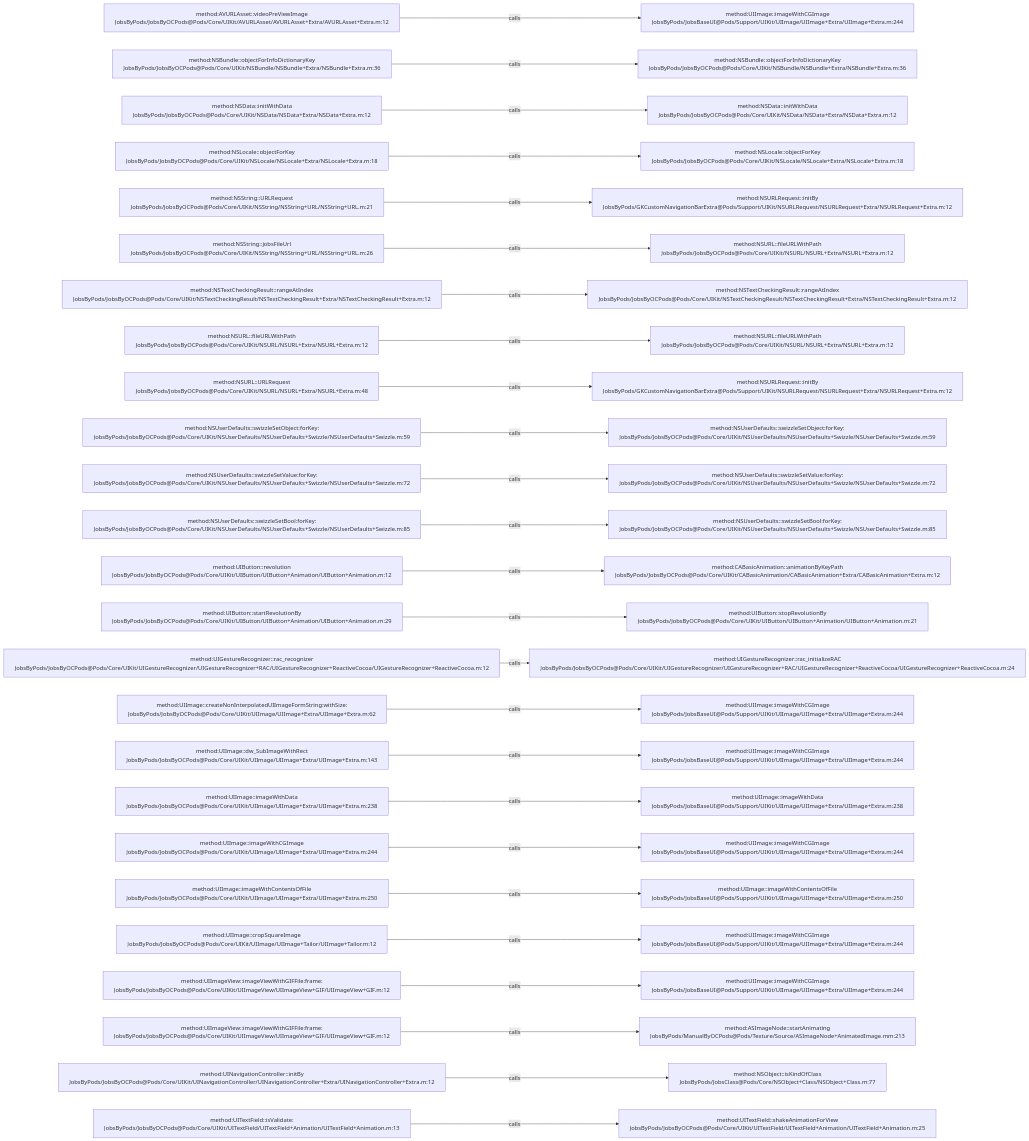
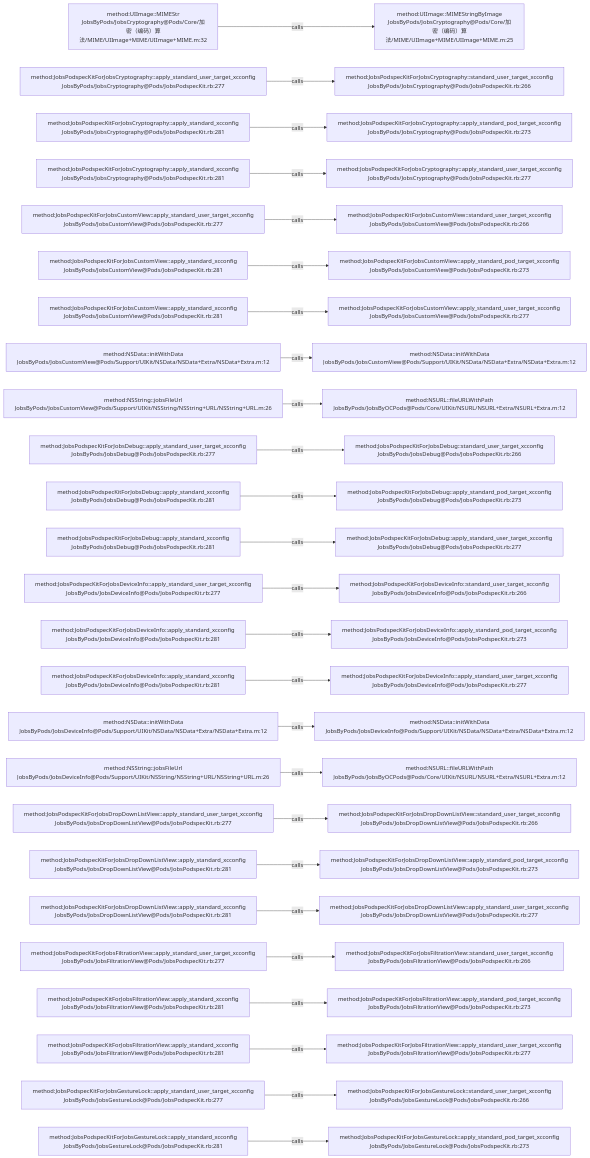
The diagram in .codegraph/codegraph.md/graphs/calls-004.md (JobsKits/JobsOCBaseConfigDemo), drawn with Mermaid before and after one commit. The commit also changed 1448 other files, not shown here.

````diff
--- a/.codegraph/codegraph.md/graphs/calls-004.md
+++ b/.codegraph/codegraph.md/graphs/calls-004.md
@@ -13,78 +13,78 @@
 ```mermaid
 flowchart LR
-  S1["method:AVURLAsset::videoPreViewImage<br/>JobsByPods/JobsByOCPods@Pods/Core/UIKit/AVURLAsset/AVURLAsset+Extra/AVURLAsset+Extra.m:12"]
-  T1["method:UIImage::imageWithCGImage<br/>JobsByPods/JobsBaseUI@Pods/Support/UIKit/UIImage/UIImage+Extra/UIImage+Extra.m:244"]
+  S1["method:UIImage::MIMEStr<br/>JobsByPods/JobsCryptography@Pods/Core/加密（编码）算法/MIME/UIImage+MIME/UIImage+MIME.m:32"]
+  T1["method:UIImage::MIMEStringByImage<br/>JobsByPods/JobsCryptography@Pods/Core/加密（编码）算法/MIME/UIImage+MIME/UIImage+MIME.m:25"]
   S1 -->|calls| T1
-  S2["method:NSBundle::objectForInfoDictionaryKey<br/>JobsByPods/JobsByOCPods@Pods/Core/UIKit/NSBundle/NSBundle+Extra/NSBundle+Extra.m:36"]
-  T2["method:NSBundle::objectForInfoDictionaryKey<br/>JobsByPods/JobsByOCPods@Pods/Core/UIKit/NSBundle/NSBundle+Extra/NSBundle+Extra.m:36"]
+  S2["method:JobsPodspecKitForJobsCryptography::apply_standard_user_target_xcconfig<br/>JobsByPods/JobsCryptography@Pods/JobsPodspecKit.rb:277"]
+  T2["method:JobsPodspecKitForJobsCryptography::standard_user_target_xcconfig<br/>JobsByPods/JobsCryptography@Pods/JobsPodspecKit.rb:266"]
   S2 -->|calls| T2
-  S3["method:NSData::initWithData<br/>JobsByPods/JobsByOCPods@Pods/Core/UIKit/NSData/NSData+Extra/NSData+Extra.m:12"]
-  T3["method:NSData::initWithData<br/>JobsByPods/JobsByOCPods@Pods/Core/UIKit/NSData/NSData+Extra/NSData+Extra.m:12"]
+  S3["method:JobsPodspecKitForJobsCryptography::apply_standard_xcconfig<br/>JobsByPods/JobsCryptography@Pods/JobsPodspecKit.rb:281"]
+  T3["method:JobsPodspecKitForJobsCryptography::apply_standard_pod_target_xcconfig<br/>JobsByPods/JobsCryptography@Pods/JobsPodspecKit.rb:273"]
   S3 -->|calls| T3
-  S4["method:NSLocale::objectForKey<br/>JobsByPods/JobsByOCPods@Pods/Core/UIKit/NSLocale/NSLocale+Extra/NSLocale+Extra.m:18"]
-  T4["method:NSLocale::objectForKey<br/>JobsByPods/JobsByOCPods@Pods/Core/UIKit/NSLocale/NSLocale+Extra/NSLocale+Extra.m:18"]
+  S4["method:JobsPodspecKitForJobsCryptography::apply_standard_xcconfig<br/>JobsByPods/JobsCryptography@Pods/JobsPodspecKit.rb:281"]
+  T4["method:JobsPodspecKitForJobsCryptography::apply_standard_user_target_xcconfig<br/>JobsByPods/JobsCryptography@Pods/JobsPodspecKit.rb:277"]
   S4 -->|calls| T4
-  S5["method:NSString::URLRequest<br/>JobsByPods/JobsByOCPods@Pods/Core/UIKit/NSString/NSString+URL/NSString+URL.m:21"]
-  T5["method:NSURLRequest::initBy<br/>JobsByPods/GKCustomNavigationBarExtra@Pods/Support/UIKit/NSURLRequest/NSURLRequest+Extra/NSURLRequest+Extra.m:12"]
+  S5["method:JobsPodspecKitForJobsCustomView::apply_standard_user_target_xcconfig<br/>JobsByPods/JobsCustomView@Pods/JobsPodspecKit.rb:277"]
+  T5["method:JobsPodspecKitForJobsCustomView::standard_user_target_xcconfig<br/>JobsByPods/JobsCustomView@Pods/JobsPodspecKit.rb:266"]
   S5 -->|calls| T5
-  S6["method:NSString::jobsFileUrl<br/>JobsByPods/JobsByOCPods@Pods/Core/UIKit/NSString/NSString+URL/NSString+URL.m:26"]
-  T6["method:NSURL::fileURLWithPath<br/>JobsByPods/JobsByOCPods@Pods/Core/UIKit/NSURL/NSURL+Extra/NSURL+Extra.m:12"]
+  S6["method:JobsPodspecKitForJobsCustomView::apply_standard_xcconfig<br/>JobsByPods/JobsCustomView@Pods/JobsPodspecKit.rb:281"]
+  T6["method:JobsPodspecKitForJobsCustomView::apply_standard_pod_target_xcconfig<br/>JobsByPods/JobsCustomView@Pods/JobsPodspecKit.rb:273"]
   S6 -->|calls| T6
-  S7["method:NSTextCheckingResult::rangeAtIndex<br/>JobsByPods/JobsByOCPods@Pods/Core/UIKit/NSTextCheckingResult/NSTextCheckingResult+Extra/NSTextCheckingResult+Extra.m:12"]
-  T7["method:NSTextCheckingResult::rangeAtIndex<br/>JobsByPods/JobsByOCPods@Pods/Core/UIKit/NSTextCheckingResult/NSTextCheckingResult+Extra/NSTextCheckingResult+Extra.m:12"]
+  S7["method:JobsPodspecKitForJobsCustomView::apply_standard_xcconfig<br/>JobsByPods/JobsCustomView@Pods/JobsPodspecKit.rb:281"]
+  T7["method:JobsPodspecKitForJobsCustomView::apply_standard_user_target_xcconfig<br/>JobsByPods/JobsCustomView@Pods/JobsPodspecKit.rb:277"]
   S7 -->|calls| T7
-  S8["method:NSURL::fileURLWithPath<br/>JobsByPods/JobsByOCPods@Pods/Core/UIKit/NSURL/NSURL+Extra/NSURL+Extra.m:12"]
-  T8["method:NSURL::fileURLWithPath<br/>JobsByPods/JobsByOCPods@Pods/Core/UIKit/NSURL/NSURL+Extra/NSURL+Extra.m:12"]
+  S8["method:NSData::initWithData<br/>JobsByPods/JobsCustomView@Pods/Support/UIKit/NSData/NSData+Extra/NSData+Extra.m:12"]
+  T8["method:NSData::initWithData<br/>JobsByPods/JobsCustomView@Pods/Support/UIKit/NSData/NSData+Extra/NSData+Extra.m:12"]
   S8 -->|calls| T8
-  S9["method:NSURL::URLRequest<br/>JobsByPods/JobsByOCPods@Pods/Core/UIKit/NSURL/NSURL+Extra/NSURL+Extra.m:48"]
-  T9["method:NSURLRequest::initBy<br/>JobsByPods/GKCustomNavigationBarExtra@Pods/Support/UIKit/NSURLRequest/NSURLRequest+Extra/NSURLRequest+Extra.m:12"]
+  S9["method:NSString::jobsFileUrl<br/>JobsByPods/JobsCustomView@Pods/Support/UIKit/NSString/NSString+URL/NSString+URL.m:26"]
+  T9["method:NSURL::fileURLWithPath<br/>JobsByPods/JobsByOCPods@Pods/Core/UIKit/NSURL/NSURL+Extra/NSURL+Extra.m:12"]
   S9 -->|calls| T9
-  S10["method:NSUserDefaults::swizzleSetObject:forKey:<br/>JobsByPods/JobsByOCPods@Pods/Core/UIKit/NSUserDefaults/NSUserDefaults+Swizzle/NSUserDefaults+Swizzle.m:59"]
-  T10["method:NSUserDefaults::swizzleSetObject:forKey:<br/>JobsByPods/JobsByOCPods@Pods/Core/UIKit/NSUserDefaults/NSUserDefaults+Swizzle/NSUserDefaults+Swizzle.m:59"]
+  S10["method:JobsPodspecKitForJobsDebug::apply_standard_user_target_xcconfig<br/>JobsByPods/JobsDebug@Pods/JobsPodspecKit.rb:277"]
+  T10["method:JobsPodspecKitForJobsDebug::standard_user_target_xcconfig<br/>JobsByPods/JobsDebug@Pods/JobsPodspecKit.rb:266"]
   S10 -->|calls| T10
-  S11["method:NSUserDefaults::swizzleSetValue:forKey:<br/>JobsByPods/JobsByOCPods@Pods/Core/UIKit/NSUserDefaults/NSUserDefaults+Swizzle/NSUserDefaults+Swizzle.m:72"]
-  T11["method:NSUserDefaults::swizzleSetValue:forKey:<br/>JobsByPods/JobsByOCPods@Pods/Core/UIKit/NSUserDefaults/NSUserDefaults+Swizzle/NSUserDefaults+Swizzle.m:72"]
+  S11["method:JobsPodspecKitForJobsDebug::apply_standard_xcconfig<br/>JobsByPods/JobsDebug@Pods/JobsPodspecKit.rb:281"]
+  T11["method:JobsPodspecKitForJobsDebug::apply_standard_pod_target_xcconfig<br/>JobsByPods/JobsDebug@Pods/JobsPodspecKit.rb:273"]
   S11 -->|calls| T11
-  S12["method:NSUserDefaults::swizzleSetBool:forKey:<br/>JobsByPods/JobsByOCPods@Pods/Core/UIKit/NSUserDefaults/NSUserDefaults+Swizzle/NSUserDefaults+Swizzle.m:85"]
-  T12["method:NSUserDefaults::swizzleSetBool:forKey:<br/>JobsByPods/JobsByOCPods@Pods/Core/UIKit/NSUserDefaults/NSUserDefaults+Swizzle/NSUserDefaults+Swizzle.m:85"]
+  S12["method:JobsPodspecKitForJobsDebug::apply_standard_xcconfig<br/>JobsByPods/JobsDebug@Pods/JobsPodspecKit.rb:281"]
+  T12["method:JobsPodspecKitForJobsDebug::apply_standard_user_target_xcconfig<br/>JobsByPods/JobsDebug@Pods/JobsPodspecKit.rb:277"]
   S12 -->|calls| T12
-  S13["method:UIButton::revolution<br/>JobsByPods/JobsByOCPods@Pods/Core/UIKit/UIButton/UIButton+Animation/UIButton+Animation.m:12"]
-  T13["method:CABasicAnimation::animationByKeyPath<br/>JobsByPods/JobsByOCPods@Pods/Core/UIKit/CABasicAnimation/CABasicAnimation+Extra/CABasicAnimation+Extra.m:12"]
+  S13["method:JobsPodspecKitForJobsDeviceInfo::apply_standard_user_target_xcconfig<br/>JobsByPods/JobsDeviceInfo@Pods/JobsPodspecKit.rb:277"]
+  T13["method:JobsPodspecKitForJobsDeviceInfo::standard_user_target_xcconfig<br/>JobsByPods/JobsDeviceInfo@Pods/JobsPodspecKit.rb:266"]
   S13 -->|calls| T13
-  S14["method:UIButton::startRevolutionBy<br/>JobsByPods/JobsByOCPods@Pods/Core/UIKit/UIButton/UIButton+Animation/UIButton+Animation.m:29"]
-  T14["method:UIButton::stopRevolutionBy<br/>JobsByPods/JobsByOCPods@Pods/Core/UIKit/UIButton/UIButton+Animation/UIButton+Animation.m:21"]
+  S14["method:JobsPodspecKitForJobsDeviceInfo::apply_standard_xcconfig<br/>JobsByPods/JobsDeviceInfo@Pods/JobsPodspecKit.rb:281"]
+  T14["method:JobsPodspecKitForJobsDeviceInfo::apply_standard_pod_target_xcconfig<br/>JobsByPods/JobsDeviceInfo@Pods/JobsPodspecKit.rb:273"]
   S14 -->|calls| T14
-  S15["method:UIGestureRecognizer::rac_recognizer<br/>JobsByPods/JobsByOCPods@Pods/Core/UIKit/UIGestureRecognizer/UIGestureRecognizer+RAC/UIGestureRecognizer+ReactiveCocoa/UIGestureRecognizer+ReactiveCocoa.m:12"]
-  T15["method:UIGestureRecognizer::rac_initializeRAC<br/>JobsByPods/JobsByOCPods@Pods/Core/UIKit/UIGestureRecognizer/UIGestureRecognizer+RAC/UIGestureRecognizer+ReactiveCocoa/UIGestureRecognizer+ReactiveCocoa.m:24"]
+  S15["method:JobsPodspecKitForJobsDeviceInfo::apply_standard_xcconfig<br/>JobsByPods/JobsDeviceInfo@Pods/JobsPodspecKit.rb:281"]
+  T15["method:JobsPodspecKitForJobsDeviceInfo::apply_standard_user_target_xcconfig<br/>JobsByPods/JobsDeviceInfo@Pods/JobsPodspecKit.rb:277"]
   S15 -->|calls| T15
-  S16["method:UIImage::createNonInterpolatedUIImageFormString:withSize:<br/>JobsByPods/JobsByOCPods@Pods/Core/UIKit/UIImage/UIImage+Extra/UIImage+Extra.m:62"]
-  T16["method:UIImage::imageWithCGImage<br/>JobsByPods/JobsBaseUI@Pods/Support/UIKit/UIImage/UIImage+Extra/UIImage+Extra.m:244"]
+  S16["method:NSData::initWithData<br/>JobsByPods/JobsDeviceInfo@Pods/Support/UIKit/NSData/NSData+Extra/NSData+Extra.m:12"]
+  T16["method:NSData::initWithData<br/>JobsByPods/JobsDeviceInfo@Pods/Support/UIKit/NSData/NSData+Extra/NSData+Extra.m:12"]
   S16 -->|calls| T16
-  S17["method:UIImage::dw_SubImageWithRect<br/>JobsByPods/JobsByOCPods@Pods/Core/UIKit/UIImage/UIImage+Extra/UIImage+Extra.m:143"]
-  T17["method:UIImage::imageWithCGImage<br/>JobsByPods/JobsBaseUI@Pods/Support/UIKit/UIImage/UIImage+Extra/UIImage+Extra.m:244"]
+  S17["method:NSString::jobsFileUrl<br/>JobsByPods/JobsDeviceInfo@Pods/Support/UIKit/NSString/NSString+URL/NSString+URL.m:26"]
+  T17["method:NSURL::fileURLWithPath<br/>JobsByPods/JobsByOCPods@Pods/Core/UIKit/NSURL/NSURL+Extra/NSURL+Extra.m:12"]
   S17 -->|calls| T17
-  S18["method:UIImage::imageWithData<br/>JobsByPods/JobsByOCPods@Pods/Core/UIKit/UIImage/UIImage+Extra/UIImage+Extra.m:238"]
-  T18["method:UIImage::imageWithData<br/>JobsByPods/JobsBaseUI@Pods/Support/UIKit/UIImage/UIImage+Extra/UIImage+Extra.m:238"]
+  S18["method:JobsPodspecKitForJobsDropDownListView::apply_standard_user_target_xcconfig<br/>JobsByPods/JobsDropDownListView@Pods/JobsPodspecKit.rb:277"]
+  T18["method:JobsPodspecKitForJobsDropDownListView::standard_user_target_xcconfig<br/>JobsByPods/JobsDropDownListView@Pods/JobsPodspecKit.rb:266"]
   S18 -->|calls| T18
-  S19["method:UIImage::imageWithCGImage<br/>JobsByPods/JobsByOCPods@Pods/Core/UIKit/UIImage/UIImage+Extra/UIImage+Extra.m:244"]
-  T19["method:UIImage::imageWithCGImage<br/>JobsByPods/JobsBaseUI@Pods/Support/UIKit/UIImage/UIImage+Extra/UIImage+Extra.m:244"]
+  S19["method:JobsPodspecKitForJobsDropDownListView::apply_standard_xcconfig<br/>JobsByPods/JobsDropDownListView@Pods/JobsPodspecKit.rb:281"]
+  T19["method:JobsPodspecKitForJobsDropDownListView::apply_standard_pod_target_xcconfig<br/>JobsByPods/JobsDropDownListView@Pods/JobsPodspecKit.rb:273"]
   S19 -->|calls| T19
-  S20["method:UIImage::imageWithContentsOfFile<br/>JobsByPods/JobsByOCPods@Pods/Core/UIKit/UIImage/UIImage+Extra/UIImage+Extra.m:250"]
-  T20["method:UIImage::imageWithContentsOfFile<br/>JobsByPods/JobsBaseUI@Pods/Support/UIKit/UIImage/UIImage+Extra/UIImage+Extra.m:250"]
+  S20["method:JobsPodspecKitForJobsDropDownListView::apply_standard_xcconfig<br/>JobsByPods/JobsDropDownListView@Pods/JobsPodspecKit.rb:281"]
+  T20["method:JobsPodspecKitForJobsDropDownListView::apply_standard_user_target_xcconfig<br/>JobsByPods/JobsDropDownListView@Pods/JobsPodspecKit.rb:277"]
   S20 -->|calls| T20
-  S21["method:UIImage::cropSquareImage<br/>JobsByPods/JobsByOCPods@Pods/Core/UIKit/UIImage/UIImage+Tailor/UIImage+Tailor.m:12"]
-  T21["method:UIImage::imageWithCGImage<br/>JobsByPods/JobsBaseUI@Pods/Support/UIKit/UIImage/UIImage+Extra/UIImage+Extra.m:244"]
+  S21["method:JobsPodspecKitForJobsFiltrationView::apply_standard_user_target_xcconfig<br/>JobsByPods/JobsFiltrationView@Pods/JobsPodspecKit.rb:277"]
+  T21["method:JobsPodspecKitForJobsFiltrationView::standard_user_target_xcconfig<br/>JobsByPods/JobsFiltrationView@Pods/JobsPodspecKit.rb:266"]
   S21 -->|calls| T21
-  S22["method:UIImageView::imageViewWithGIFFile:frame:<br/>JobsByPods/JobsByOCPods@Pods/Core/UIKit/UIImageView/UIImageView+GIF/UIImageView+GIF.m:12"]
-  T22["method:UIImage::imageWithCGImage<br/>JobsByPods/JobsBaseUI@Pods/Support/UIKit/UIImage/UIImage+Extra/UIImage+Extra.m:244"]
+  S22["method:JobsPodspecKitForJobsFiltrationView::apply_standard_xcconfig<br/>JobsByPods/JobsFiltrationView@Pods/JobsPodspecKit.rb:281"]
+  T22["method:JobsPodspecKitForJobsFiltrationView::apply_standard_pod_target_xcconfig<br/>JobsByPods/JobsFiltrationView@Pods/JobsPodspecKit.rb:273"]
   S22 -->|calls| T22
-  S23["method:UIImageView::imageViewWithGIFFile:frame:<br/>JobsByPods/JobsByOCPods@Pods/Core/UIKit/UIImageView/UIImageView+GIF/UIImageView+GIF.m:12"]
-  T23["method:ASImageNode::startAnimating<br/>JobsByPods/ManualByOCPods@Pods/Texture/Source/ASImageNode+AnimatedImage.mm:213"]
+  S23["method:JobsPodspecKitForJobsFiltrationView::apply_standard_xcconfig<br/>JobsByPods/JobsFiltrationView@Pods/JobsPodspecKit.rb:281"]
+  T23["method:JobsPodspecKitForJobsFiltrationView::apply_standard_user_target_xcconfig<br/>JobsByPods/JobsFiltrationView@Pods/JobsPodspecKit.rb:277"]
   S23 -->|calls| T23
-  S24["method:UINavigationController::initBy<br/>JobsByPods/JobsByOCPods@Pods/Core/UIKit/UINavigationController/UINavigationController+Extra/UINavigationController+Extra.m:12"]
-  T24["method:NSObject::isKindOfClass<br/>JobsByPods/JobsClass@Pods/Core/NSObject+Class/NSObject+Class.m:77"]
+  S24["method:JobsPodspecKitForJobsGestureLock::apply_standard_user_target_xcconfig<br/>JobsByPods/JobsGestureLock@Pods/JobsPodspecKit.rb:277"]
+  T24["method:JobsPodspecKitForJobsGestureLock::standard_user_target_xcconfig<br/>JobsByPods/JobsGestureLock@Pods/JobsPodspecKit.rb:266"]
   S24 -->|calls| T24
-  S25["method:UITextField::isValidate:<br/>JobsByPods/JobsByOCPods@Pods/Core/UIKit/UITextField/UITextField+Animation/UITextField+Animation.m:13"]
-  T25["method:UITextField::shakeAnimationForView<br/>JobsByPods/JobsByOCPods@Pods/Core/UIKit/UITextField/UITextField+Animation/UITextField+Animation.m:25"]
+  S25["method:JobsPodspecKitForJobsGestureLock::apply_standard_xcconfig<br/>JobsByPods/JobsGestureLock@Pods/JobsPodspecKit.rb:281"]
+  T25["method:JobsPodspecKitForJobsGestureLock::apply_standard_pod_target_xcconfig<br/>JobsByPods/JobsGestureLock@Pods/JobsPodspecKit.rb:273"]
   S25 -->|calls| T25
 ```
````
